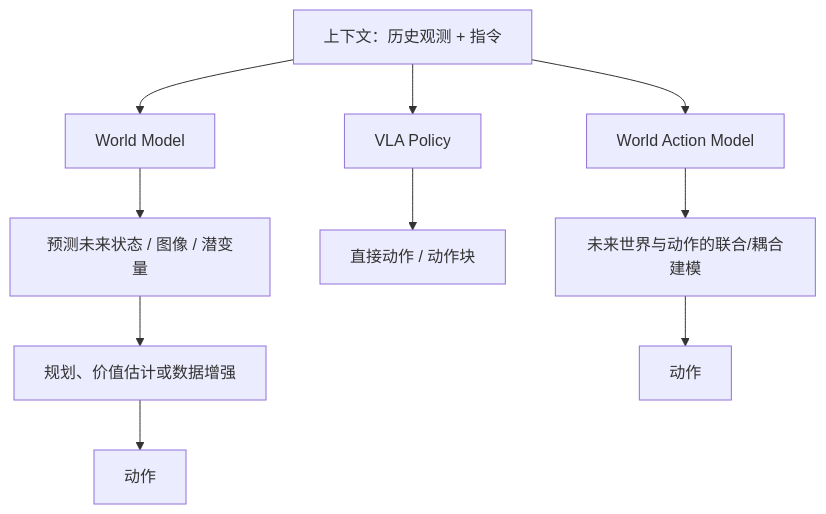
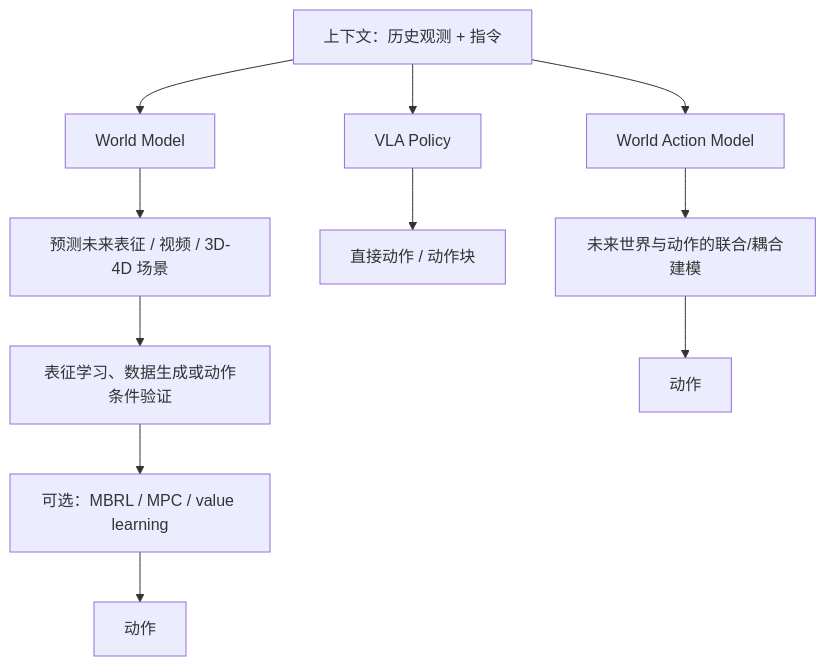
One commit to Faraday-2024/Embodied-AI-Start changed the third of 7 diagrams in docs/knowledge-map.md. Above: the diagram before and after it, drawn with Mermaid. The commit also changed other lines of this file and 9 other files, not shown here.

````diff
--- a/docs/knowledge-map.md
+++ b/docs/knowledge-map.md
@@ -43,15 +90,16 @@
 ```mermaid
 flowchart TD
     CTX["上下文：历史观测 + 指令"] --> WM["World Model"]
     CTX --> VLA["VLA Policy"]
 
-    WM --> FUT["预测未来状态 / 图像 / 潜变量"]
-    FUT --> PLAN["规划、价值估计或数据增强"]
-    PLAN --> A1["动作"]
+    WM --> FUT["预测未来表征 / 视频 / 3D-4D 场景"]
+    FUT --> PLAN["表征学习、数据生成或动作条件验证"]
+    PLAN --> MBRL["可选：MBRL / MPC / value learning"]
+    MBRL --> A1["动作"]
 
     VLA --> A2["直接动作 / 动作块"]
 
     CTX --> WAM["World Action Model"]
     WAM --> JOINT["未来世界与动作的联合/耦合建模"]
     JOINT --> A3["动作"]
 ```
````
